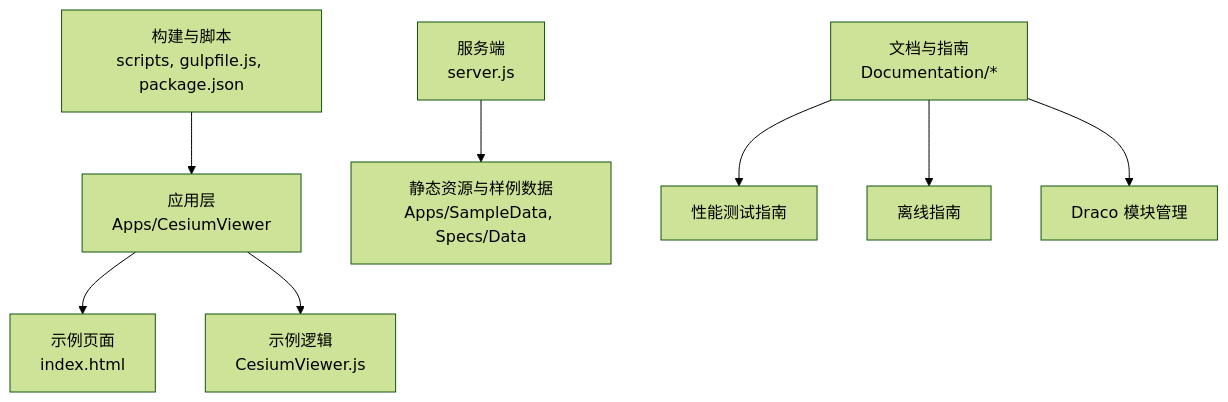
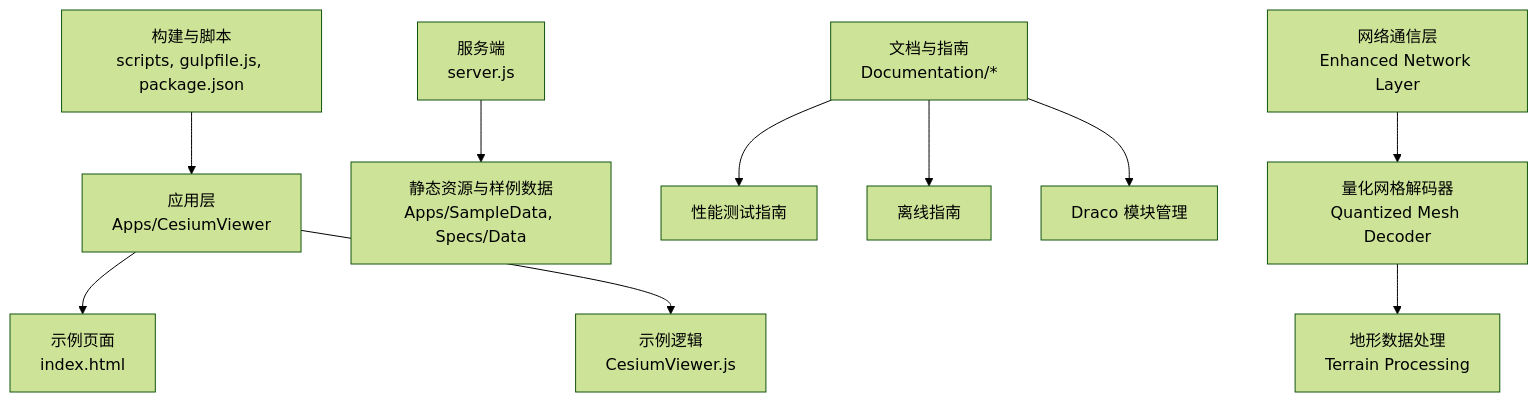
One commit to rzhangjing/cesium changed the first of 8 diagrams in .qoder/repowiki/zh/content/性能优化/数据加载优化/数据加载优化.md. Above: the diagram before and after it, drawn with Mermaid (forest theme). The commit also changed other lines of this file and 92 other files, not shown here.

````diff
--- a/.qoder/repowiki/zh/content/性能优化/数据加载优化/数据加载优化.md
+++ b/.qoder/repowiki/zh/content/性能优化/数据加载优化/数据加载优化.md
@@ -40,10 +49,12 @@
 ```mermaid
 graph TB
 A["应用层<br/>Apps/CesiumViewer"] --> B["示例页面<br/>index.html"]
 A --> C["示例逻辑<br/>CesiumViewer.js"]
 D["服务端<br/>server.js"] --> E["静态资源与样例数据<br/>Apps/SampleData, Specs/Data"]
 F["文档与指南<br/>Documentation/*"] --> G["性能测试指南"]
 F --> H["离线指南"]
 F --> I["Draco 模块管理"]
 J["构建与脚本<br/>scripts, gulpfile.js, package.json"] --> A
+K["网络通信层<br/>Enhanced Network Layer"] --> L["量化网格解码器<br/>Quantized Mesh Decoder"]
+L --> M["地形数据处理<br/>Terrain Processing"]
 ```
````
